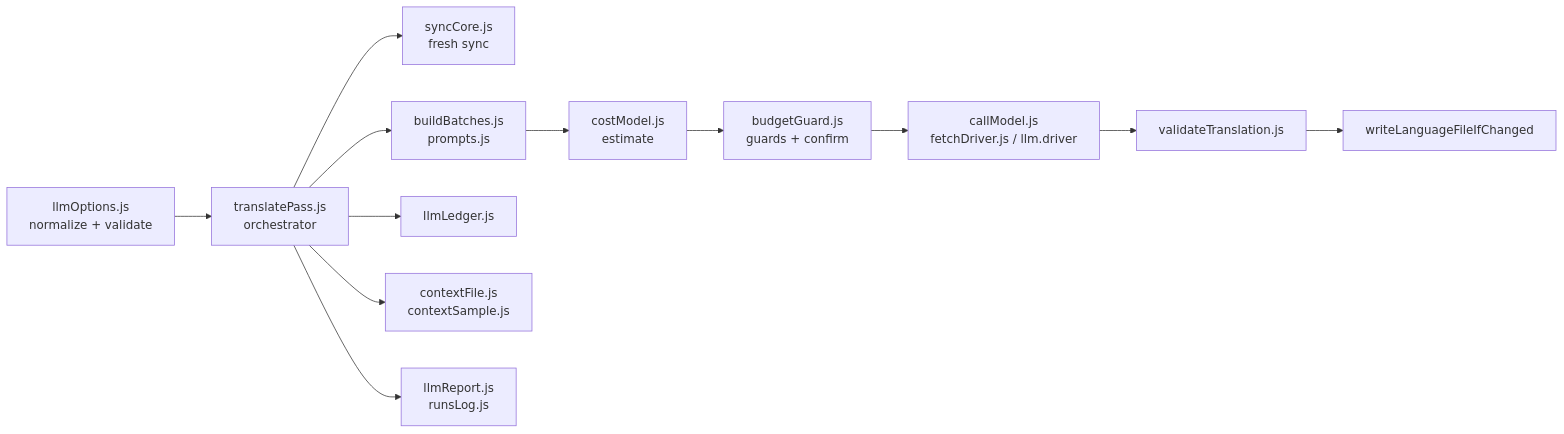
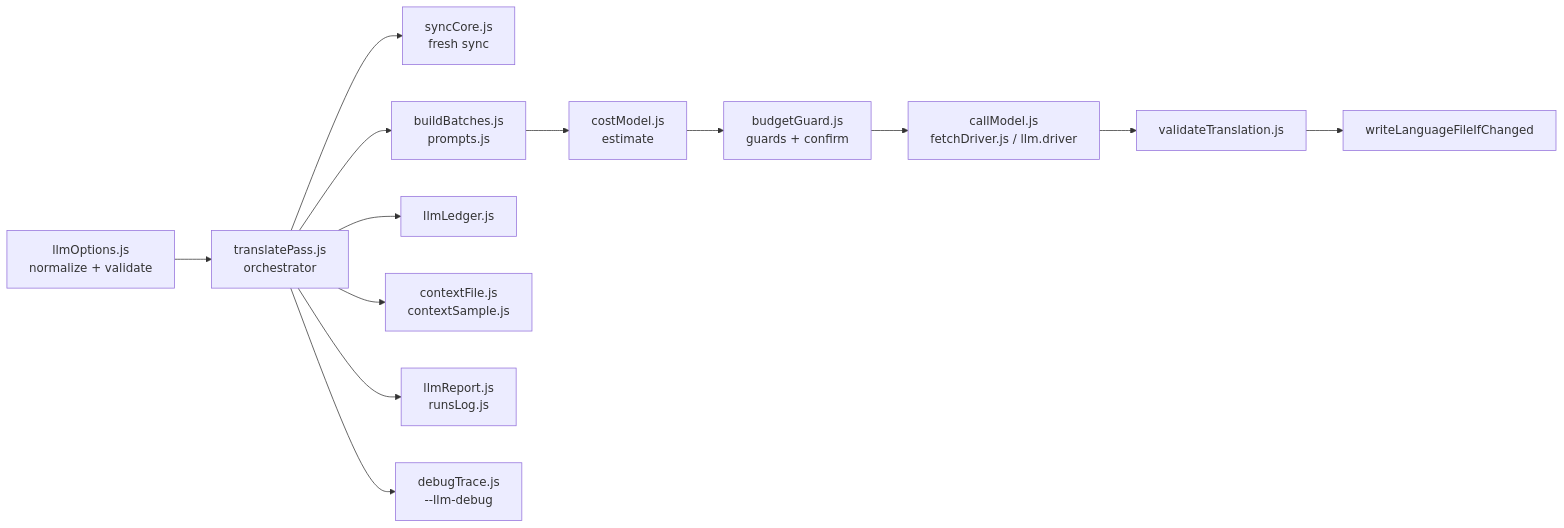
One commit to sepoina/viteTranslate changed the seventh of 9 diagrams in doc/structure.md. Above: the diagram before and after it, drawn with Mermaid. The commit also changed other lines of this file and 53 other files, not shown here.

````diff
--- a/doc/structure.md
+++ b/doc/structure.md
@@ -809,14 +811,15 @@
 ```mermaid
 flowchart LR
     A[llmOptions.js\nnormalize + validate] --> B[translatePass.js\norchestrator]
     B --> C[syncCore.js\nfresh sync]
     B --> D[buildBatches.js\nprompts.js]
     D --> E[costModel.js\nestimate]
     E --> F[budgetGuard.js\nguards + confirm]
     F --> G[callModel.js\nfetchDriver.js / llm.driver]
     G --> H[validateTranslation.js]
     H --> I[writeLanguageFileIfChanged]
     B --> J[llmLedger.js]
     B --> K[contextFile.js\ncontextSample.js]
     B --> L[llmReport.js\nrunsLog.js]
+    B --> M[debugTrace.js\n--llm-debug]
 ```
````
